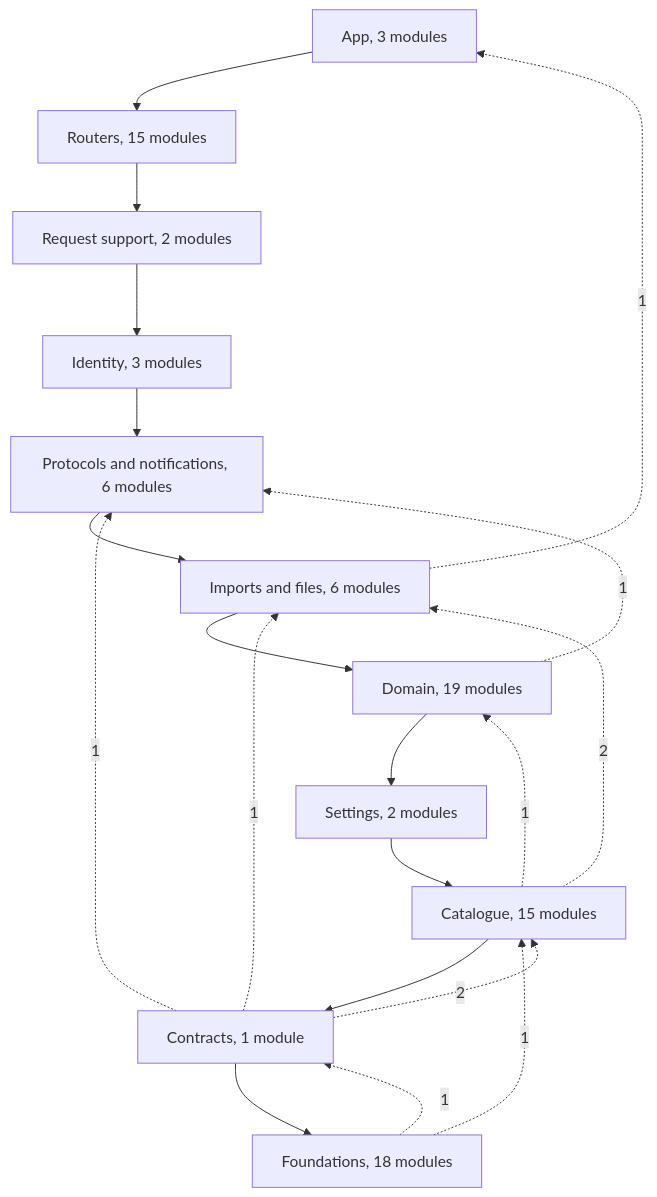
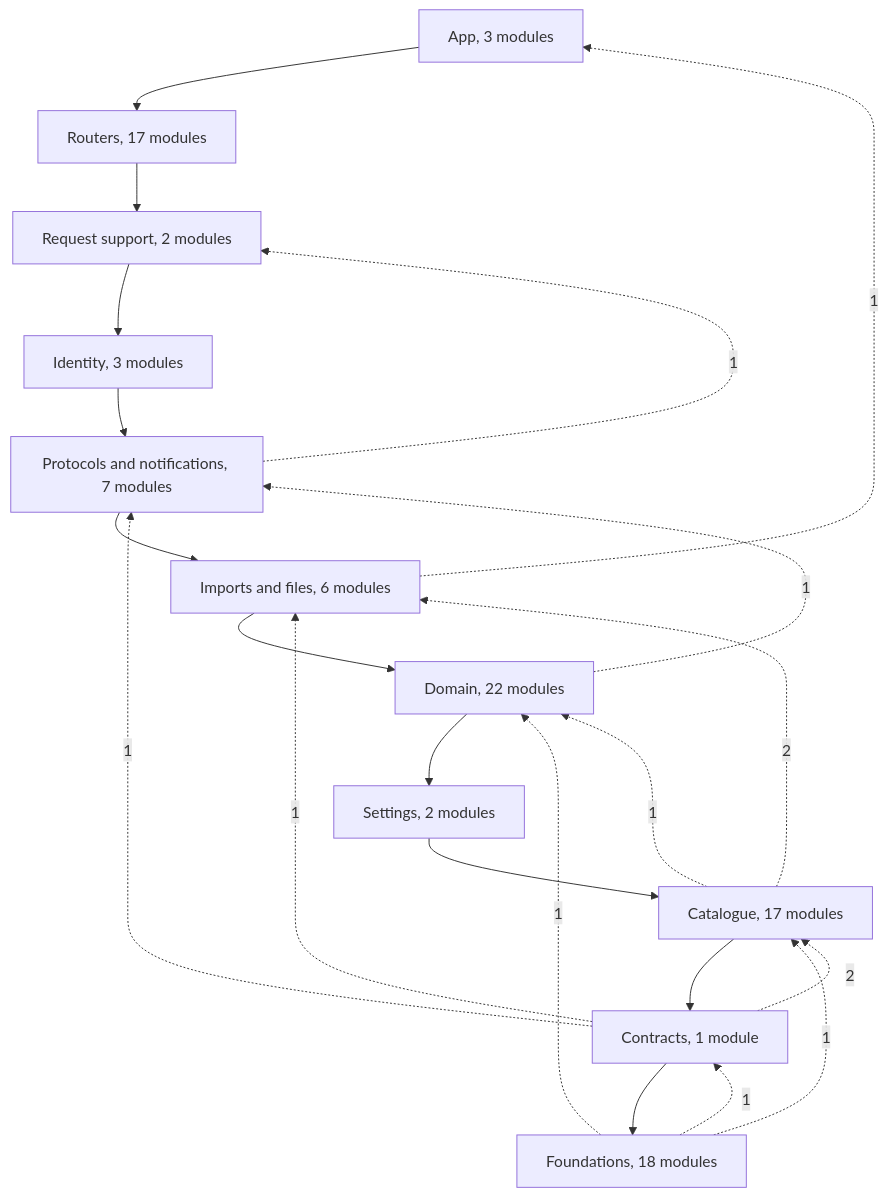
Before and after one commit to f-klement/endpaper: the fourth of 10 diagrams in docs/architecture.md, drawn with Mermaid. The commit also changed other lines of this file and 186 other files, not shown here.

````diff
--- a/docs/architecture.md
+++ b/docs/architecture.md
@@ -300,33 +310,35 @@
 ```mermaid
 flowchart TB
   app["App, 3 modules"]
-  routers["Routers, 15 modules"]
+  routers["Routers, 17 modules"]
   request["Request support, 2 modules"]
   identity["Identity, 3 modules"]
-  protocols["Protocols and notifications, 6 modules"]
+  protocols["Protocols and notifications, 7 modules"]
   files["Imports and files, 6 modules"]
-  domain["Domain, 19 modules"]
+  domain["Domain, 22 modules"]
   settings["Settings, 2 modules"]
-  catalogue["Catalogue, 15 modules"]
+  catalogue["Catalogue, 17 modules"]
   contracts["Contracts, 1 module"]
   foundations["Foundations, 18 modules"]
   app --> routers
   routers --> request
   request --> identity
   identity --> protocols
   protocols --> files
   files --> domain
   domain --> settings
   settings --> catalogue
   catalogue --> contracts
   contracts --> foundations
+  protocols -.->|"1"| request
   files -.->|"1"| app
   domain -.->|"1"| protocols
   catalogue -.->|"2"| files
   catalogue -.->|"1"| domain
   contracts -.->|"1"| protocols
   contracts -.->|"1"| files
   contracts -.->|"2"| catalogue
+  foundations -.->|"1"| domain
   foundations -.->|"1"| catalogue
   foundations -.->|"1"| contracts
 ```
````
